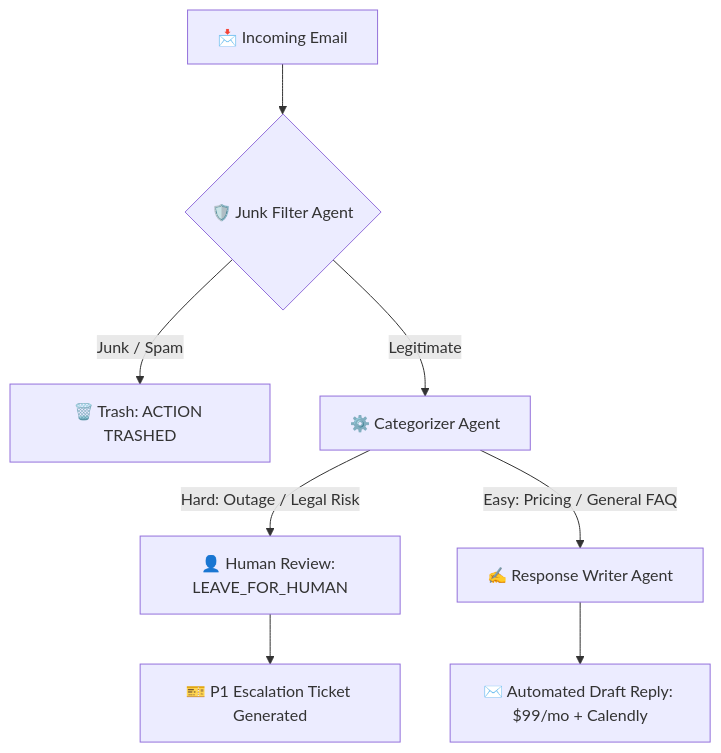
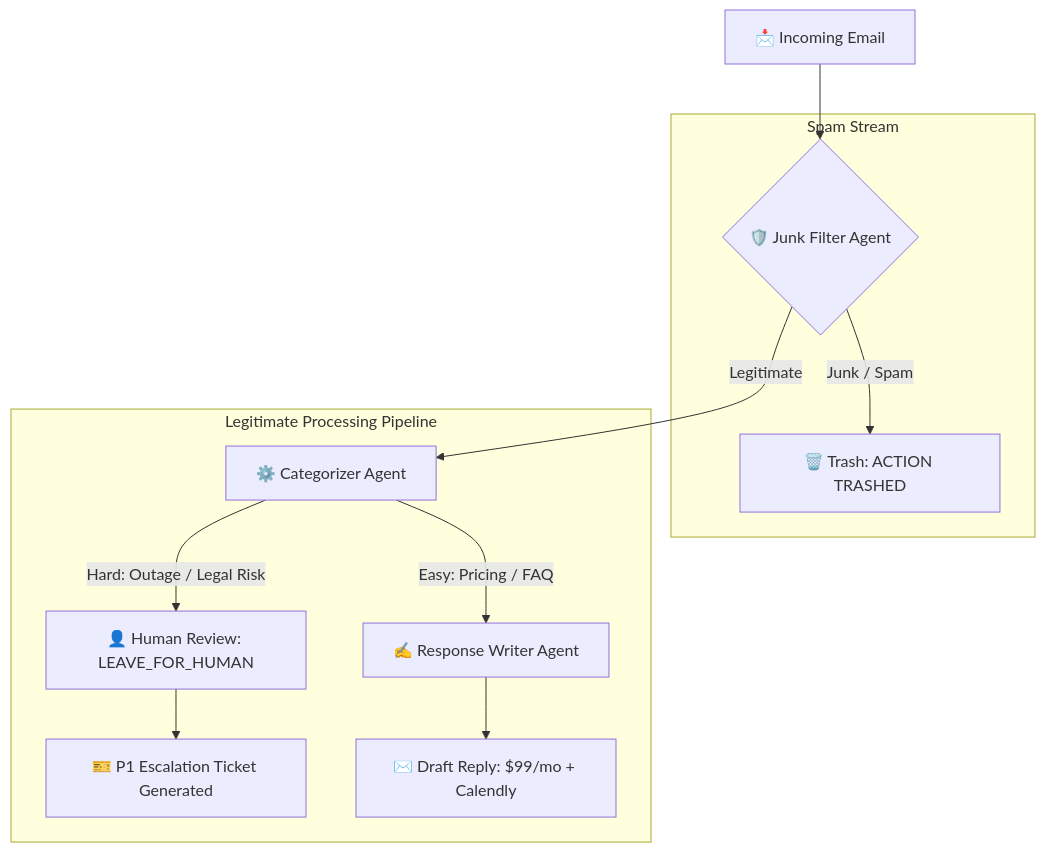
Before and after one commit to satyanarayana51115/autonomous-email-triage-agent: the diagram in README.md, drawn with Mermaid.

Commit message:
Refactor flowchart into subgraphs for clarity

````diff
--- a/README.md
+++ b/README.md
@@ -26,18 +26,18 @@
 ```mermaid
 flowchart TD
     A[📩 Incoming Email] --> B{🛡️ Junk Filter Agent}
     
-    %% Junk Branch
-    B -->|Junk / Spam| C[🗑️ Trash: ACTION TRASHED]
-    
-    %% Legitimate Branch
-    B -->|Legitimate| D[⚙️ Categorizer Agent]
-    
-    %% Categorization Decisions
-    D   -->|Hard: Outage / Legal Risk| E[👤 Human Review: LEAVE_FOR_HUMAN]
-    D -->|Easy: Pricing / General FAQ| F[✍️ Response Writer Agent]
-    
-    %% Final Outcomes
-    E --> G[🎫 P1 Escalation Ticket Generated]
-    F --> H[✉️ Automated Draft Reply: $99/mo + Calendly]
+    subgraph S1 [Spam Stream]
+        B -->|Junk / Spam| C[🗑️ Trash: ACTION TRASHED]
+    end
+
+    subgraph S2 [Legitimate Processing Pipeline]
+        B -->|Legitimate| D[⚙️ Categorizer Agent]
+        
+        D -->|Hard: Outage / Legal Risk| E[👤 Human Review: LEAVE_FOR_HUMAN]
+        D -->|Easy: Pricing / FAQ| F[✍️ Response Writer Agent]
+        
+        E --> G[🎫 P1 Escalation Ticket Generated]
+        F --> H[✉️ Draft Reply: $99/mo + Calendly]
+    end
 ```
````
